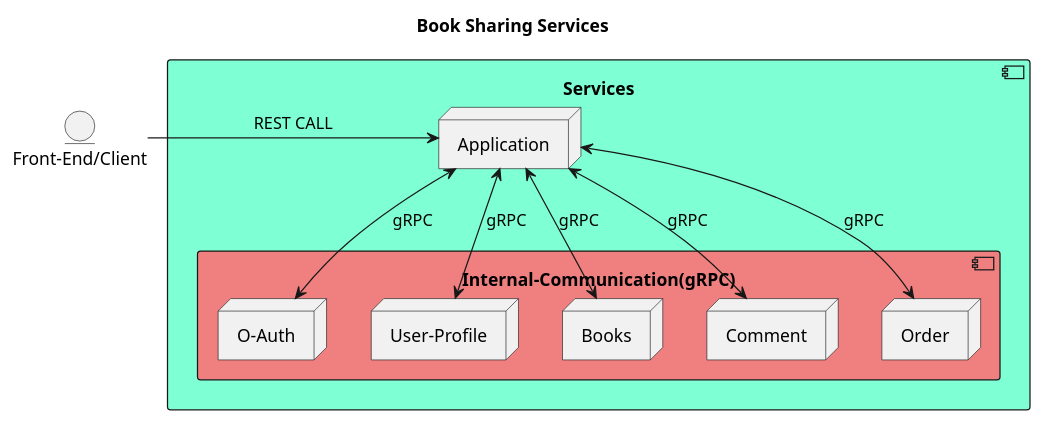
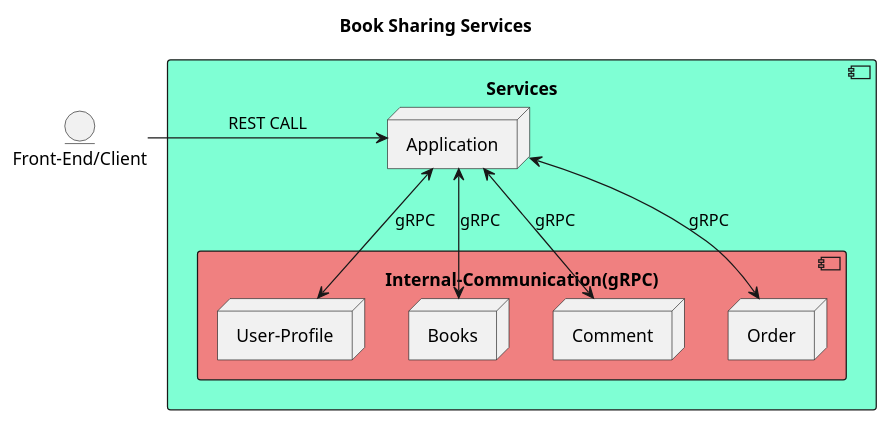
The diagram in docs/uml/services.puml (Zzocker/book-labs), drawn with PlantUML before and after one commit. The commit also changed 4 other files, not shown here.

```diff
--- a/docs/uml/services.puml
+++ b/docs/uml/services.puml
@@ -1,26 +1,24 @@
 @startuml
 
 title "Book Sharing Services"
 
 entity "Front-End/Client" as consumer
 
 component "Services" #Aquamarine{
     node "Application" as app
 
     component "Internal-Communication(gRPC)" #LightCoral{
-        node "O-Auth" as oauth
         node "User-Profile" as userProfile
         node "Books" as books
         node "Comment" as comment
         node "Order" as order
     }
 
-    app <-->  oauth : gRPC
     app <--> userProfile : gRPC
     app <--> books : gRPC
     app <--> comment : gRPC
     app <--> order : gRPC
 }
 
 consumer -> app : REST CALL
 @enduml
```
